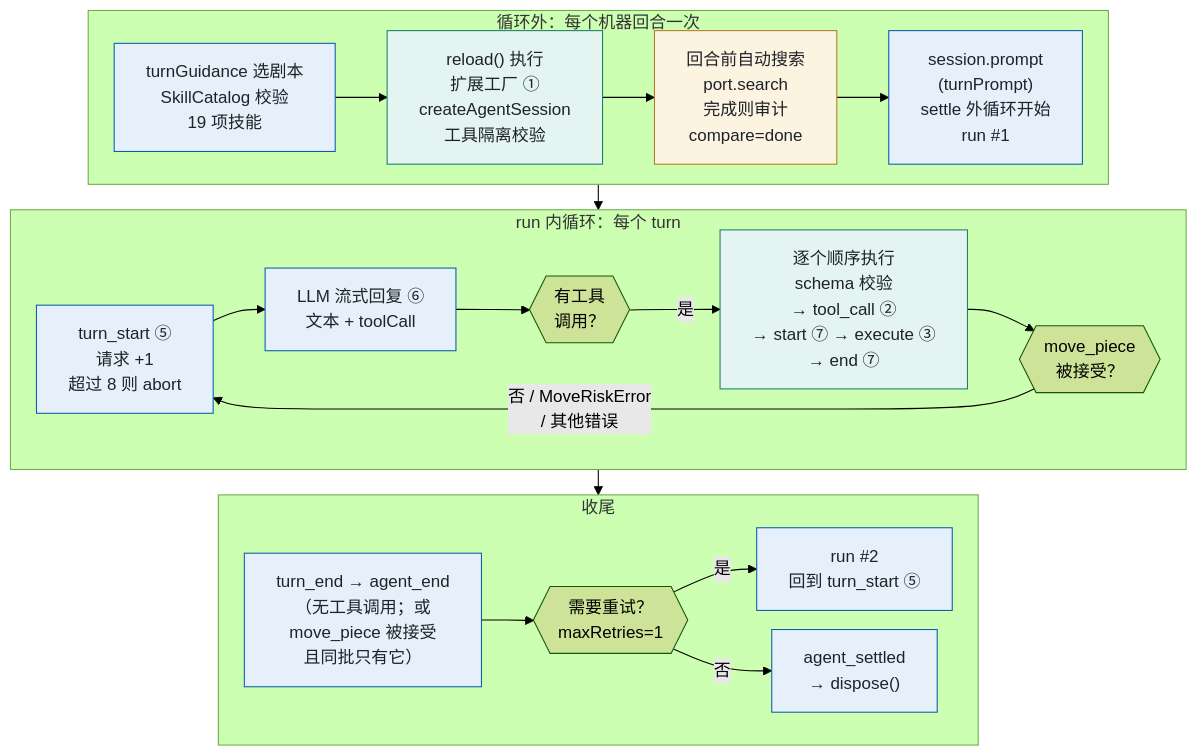
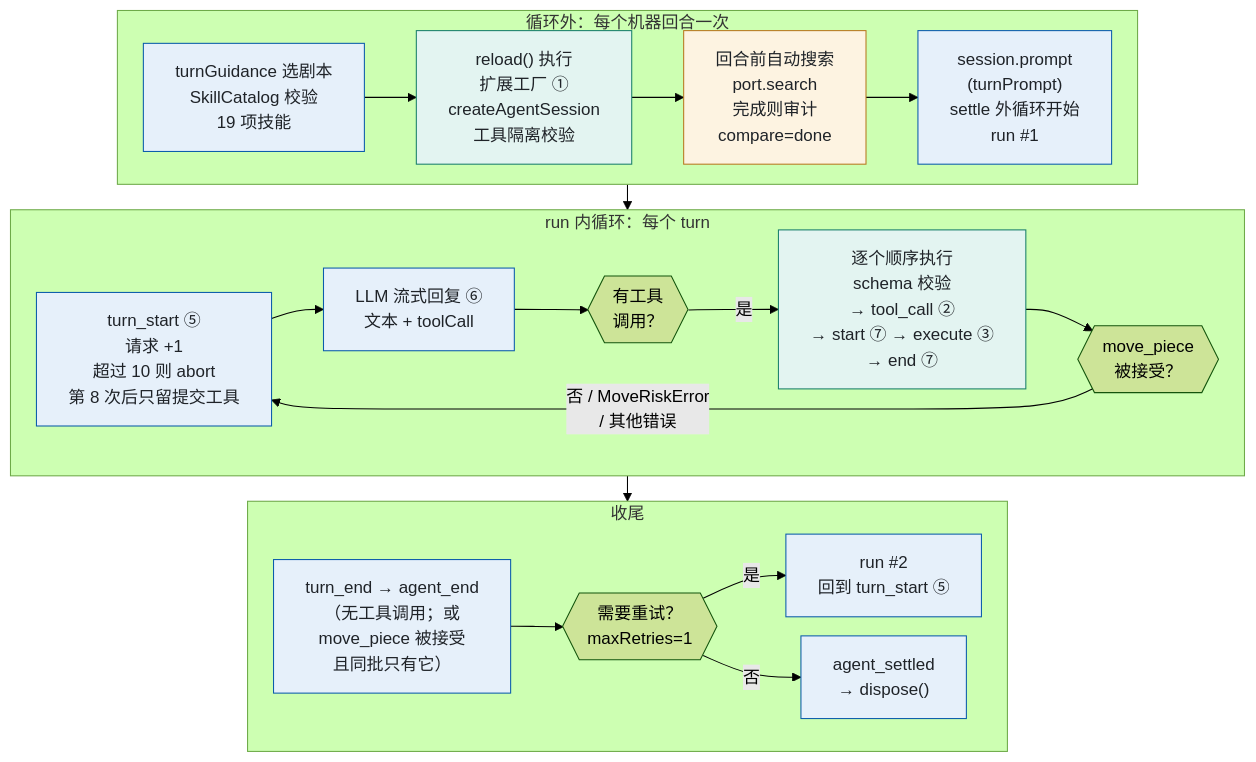
One commit to aicoder2048/pi-vs-claude-code changed the fourth of 11 diagrams in apps/chinese-chess/docs/chinese-chess-whitepaper.md. Above: the diagram before and after it, drawn with Mermaid (forest theme). The commit also changed other lines of this file and 5 other files, not shown here.

````diff
--- a/apps/chinese-chess/docs/chinese-chess-whitepaper.md
+++ b/apps/chinese-chess/docs/chinese-chess-whitepaper.md
@@ -496,27 +498,27 @@
 ```mermaid
 %%{init: {'flowchart': {'wrappingWidth': 700, 'htmlLabels': true, 'rankSpacing': 24, 'nodeSpacing': 18}}}%%
 flowchart TB
   subgraph R1["循环外：每个机器回合一次"]
     direction LR
     S0["turnGuidance 选剧本<br/>SkillCatalog 校验<br/>19 项技能"] --> S0B["reload() 执行<br/>扩展工厂 ①<br/>createAgentSession<br/>工具隔离校验"] --> PS["回合前自动搜索<br/>port.search<br/>完成则审计<br/>compare=done"] --> S1["session.prompt<br/>(turnPrompt)<br/>settle 外循环开始<br/>run #35;1"]
   end
   subgraph R2["run 内循环：每个 turn"]
     direction LR
-    T["turn_start ⑤<br/>请求 +1<br/>超过 8 则 abort"] --> L["LLM 流式回复 ⑥<br/>文本 + toolCall"] --> Q{{"有工具<br/>调用？"}}
+    T["turn_start ⑤<br/>请求 +1<br/>超过 10 则 abort<br/>第 8 次后只留提交工具"] --> L["LLM 流式回复 ⑥<br/>文本 + toolCall"] --> Q{{"有工具<br/>调用？"}}
     Q -- "是" --> P["逐个顺序执行<br/>schema 校验<br/>→ tool_call ②<br/>→ start ⑦ → execute ③<br/>→ end ⑦"] --> C{{"move_piece<br/>被接受？"}}
     C -- "否 / MoveRiskError<br/>/ 其他错误" --> T
   end
   subgraph R3["收尾"]
     direction LR
     E["turn_end → agent_end<br/>（无工具调用；或<br/>move_piece 被接受<br/>且同批只有它）"] --> R{{"需要重试？<br/>maxRetries=1"}}
     R -- "是" --> S2["run #35;2<br/>回到 turn_start ⑤"]
     R -- "否" --> Z["agent_settled<br/>→ dispose()"]
   end
   R1 --> R2 --> R3
   classDef l1 fill:#E6F0FA,stroke:#0B5CAB,color:#1F2328
   classDef l2 fill:#E3F4F1,stroke:#1A7F6B,color:#1F2328
   classDef l3 fill:#FDF3E1,stroke:#B7791F,color:#1F2328
   class S0B,P l2
   class PS l3
   class S0,S1,T,L,E,S2,Z l1
 ```
````
